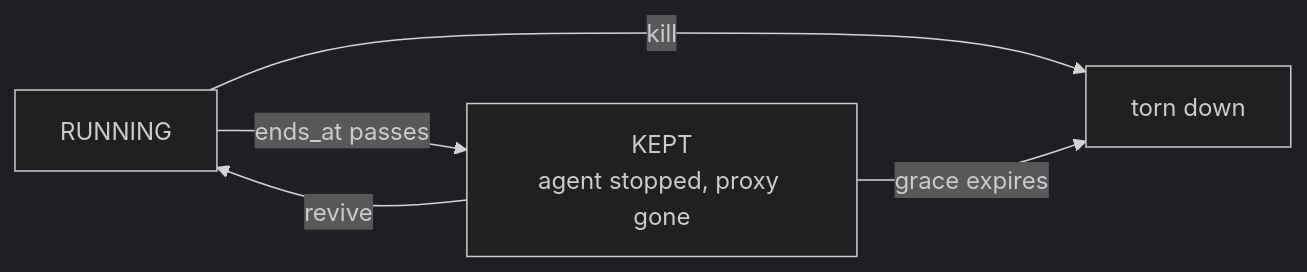
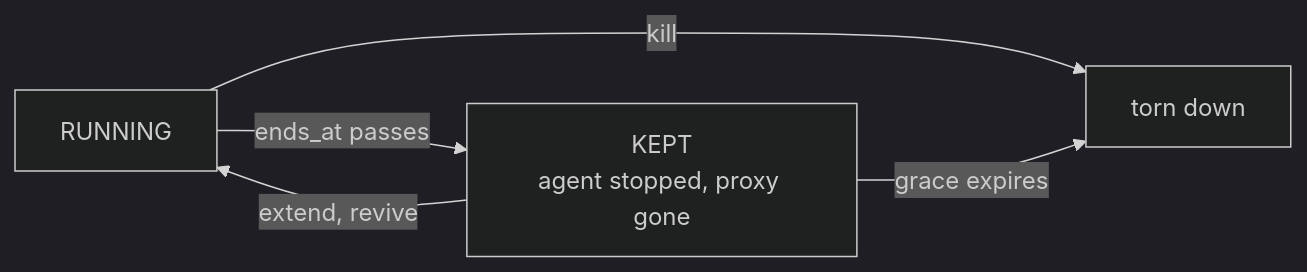
The diagram in docs/operations/run-lifetime.md (cjohnstoniv/wardyn), drawn with Mermaid (dark theme) before and after one commit. The commit also changed other lines of this file and 13 other files, not shown here.

````diff
--- a/docs/operations/run-lifetime.md
+++ b/docs/operations/run-lifetime.md
@@ -10,7 +10,7 @@
 ```mermaid
 flowchart LR
     running["RUNNING"] -->|ends_at passes| kept["KEPT<br/>agent stopped, proxy gone"]
     running -->|kill| gone["torn down"]
     kept -->|grace expires| gone
-    kept -->|revive| running
+    kept -->|extend, revive| running
 ```
````
